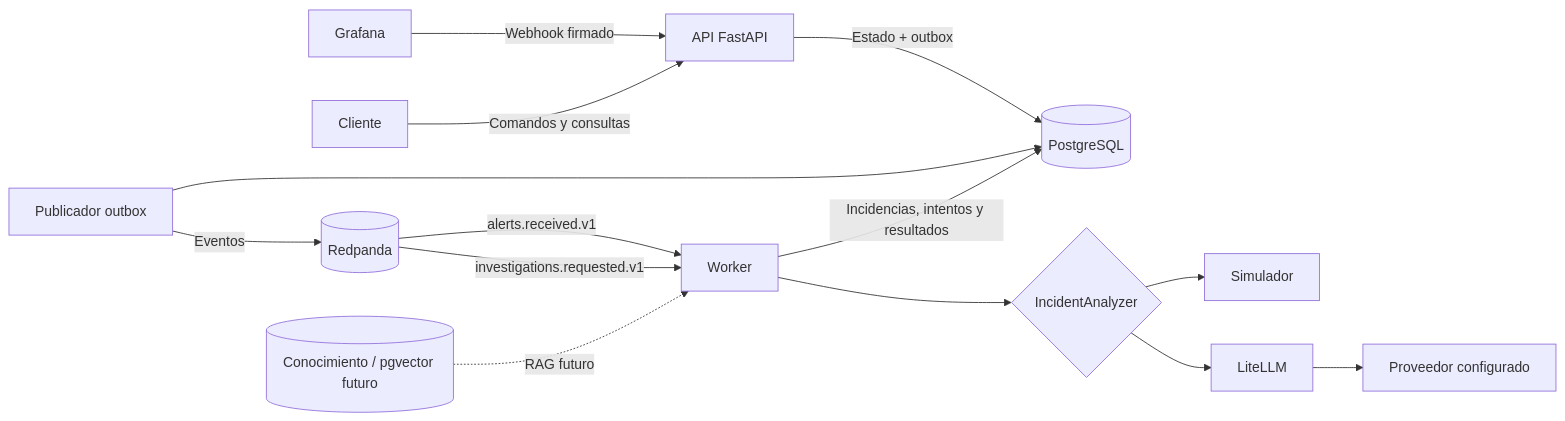
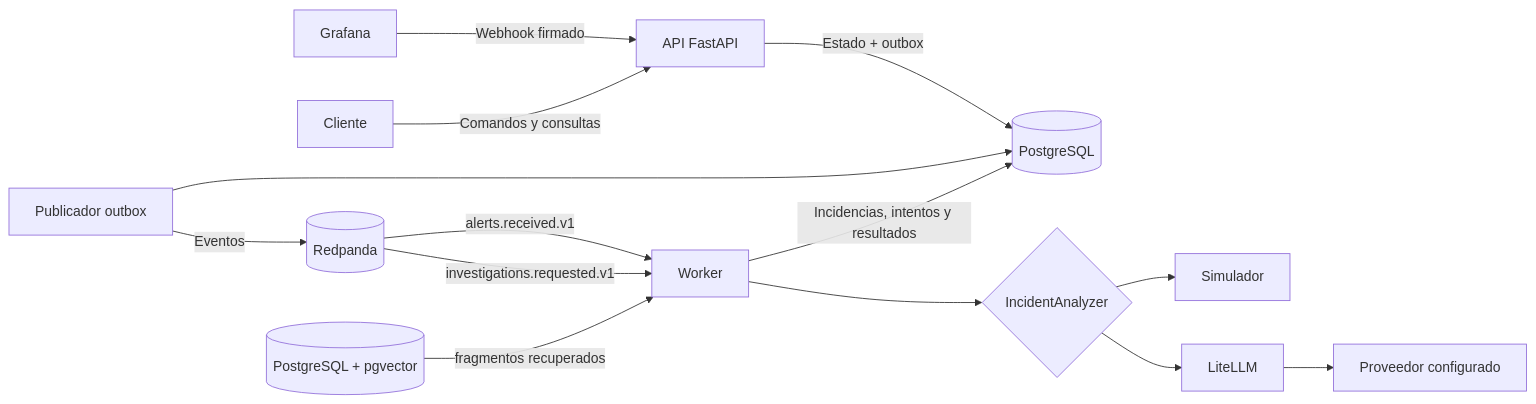
One commit to Juanmagc99/Vigilia changed the first of 4 diagrams in docs/architecture.md. Above: the diagram before and after it, drawn with Mermaid. The commit also changed other lines of this file and 29 other files, not shown here.

Commit message:
Implement pgvector operational knowledge RAG

````diff
--- a/docs/architecture.md
+++ b/docs/architecture.md
@@ -30,16 +30,16 @@
 ```mermaid
 flowchart LR
     G[Grafana] -->|Webhook firmado| API[API FastAPI]
     C[Cliente] -->|Comandos y consultas| API
     API -->|Estado + outbox| DB[(PostgreSQL)]
     PUB[Publicador outbox] --> DB
     PUB -->|Eventos| RP[(Redpanda)]
     RP -->|alerts.received.v1| W[Worker]
     RP -->|investigations.requested.v1| W
     W -->|Incidencias, intentos y resultados| DB
     W --> A{IncidentAnalyzer}
     A --> SIM[Simulador]
     A --> LL[LiteLLM]
     LL --> P[Proveedor configurado]
-    K[(Conocimiento / pgvector futuro)] -.->|RAG futuro| W
+    K[(PostgreSQL + pgvector)] -->|fragmentos recuperados| W
 ```
````
